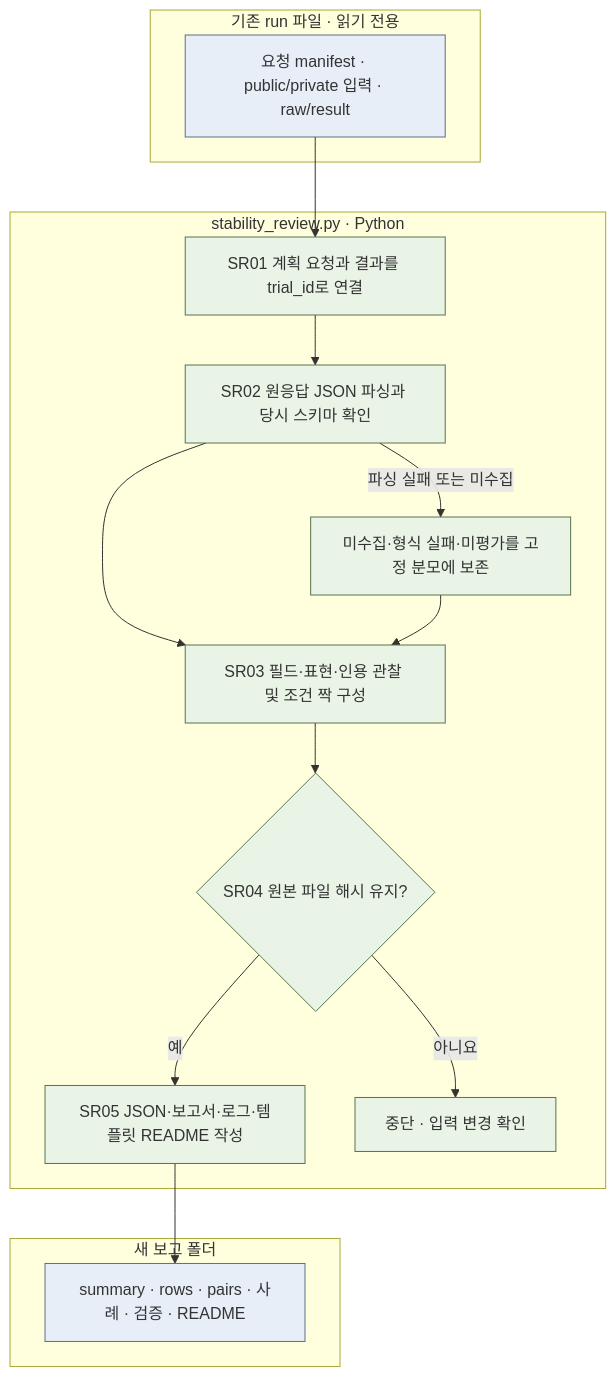
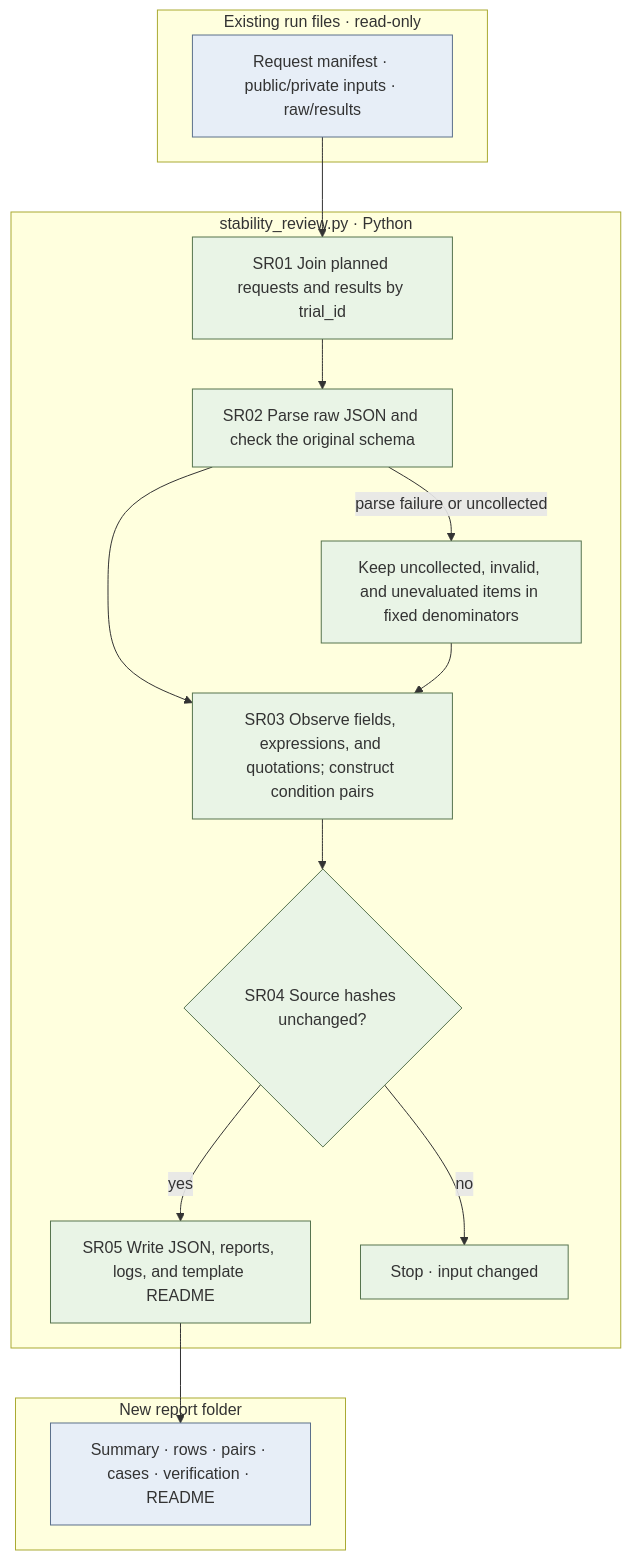
The diagram in src/finarch/experiments/02-analysis/legacy/content-analysis/stability-review-template.md (pnu-clink/finject), drawn with Mermaid before and after one commit. The commit also changed other lines of this file and 644 other files, not shown here.

````diff
--- a/src/finarch/experiments/02-analysis/legacy/content-analysis/stability-review-template.md
+++ b/src/finarch/experiments/02-analysis/legacy/content-analysis/stability-review-template.md
@@ -41,26 +41,26 @@
 ```mermaid
 flowchart TD
-  subgraph input[기존 run 파일 · 읽기 전용]
-    I[요청 manifest · public/private 입력 · raw/result]
+  subgraph input["Existing run files · read-only"]
+    I["Request manifest · public/private inputs · raw/results"]
   end
-  subgraph analyzer[stability_review.py · Python]
-    A[SR01 계획 요청과 결과를 trial_id로 연결]
-    B[SR02 원응답 JSON 파싱과 당시 스키마 확인]
-    C[SR03 필드·표현·인용 관찰 및 조건 짝 구성]
-    D{SR04 원본 파일 해시 유지?}
-    E[SR05 JSON·보고서·로그·템플릿 README 작성]
-    F[중단 · 입력 변경 확인]
-    U[미수집·형식 실패·미평가를 고정 분모에 보존]
+  subgraph analyzer["stability_review.py · Python"]
+    A["SR01 Join planned requests and results by trial_id"]
+    B["SR02 Parse raw JSON and check the original schema"]
+    C["SR03 Observe fields, expressions, and quotations; construct condition pairs"]
+    D{"SR04 Source hashes unchanged?"}
+    E["SR05 Write JSON, reports, logs, and template README"]
+    F["Stop · input changed"]
+    U["Keep uncollected, invalid, and unevaluated items in fixed denominators"]
   end
-  subgraph output[새 보고 폴더]
-    O[summary · rows · pairs · 사례 · 검증 · README]
+  subgraph output["New report folder"]
+    O["Summary · rows · pairs · cases · verification · README"]
   end
   I --> A --> B --> C --> D
-  B -->|파싱 실패 또는 미수집| U --> C
-  D -->|예| E --> O
-  D -->|아니요| F
+  B -->|parse failure or uncollected| U --> C
+  D -->|yes| E --> O
+  D -->|no| F
   classDef file fill:#e7eef7,stroke:#5b708b
   classDef python fill:#e9f4e6,stroke:#57744f
   class I,O file
   class A,B,C,D,E,F,U python
 ```
````
